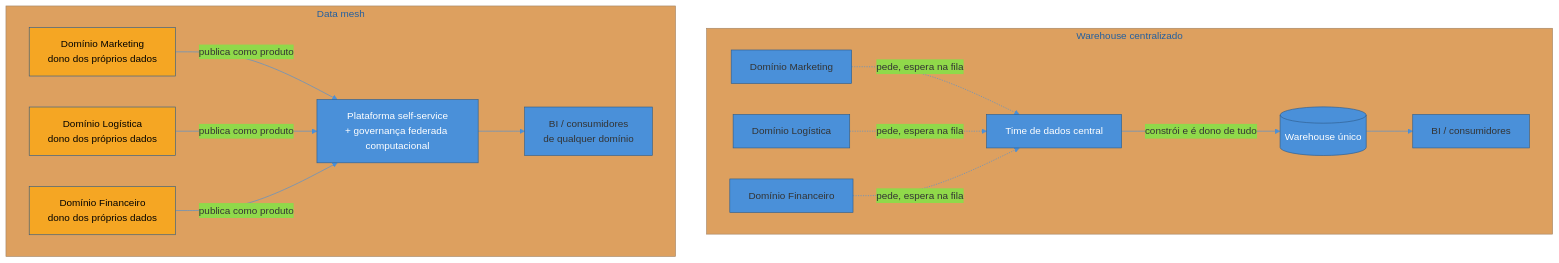
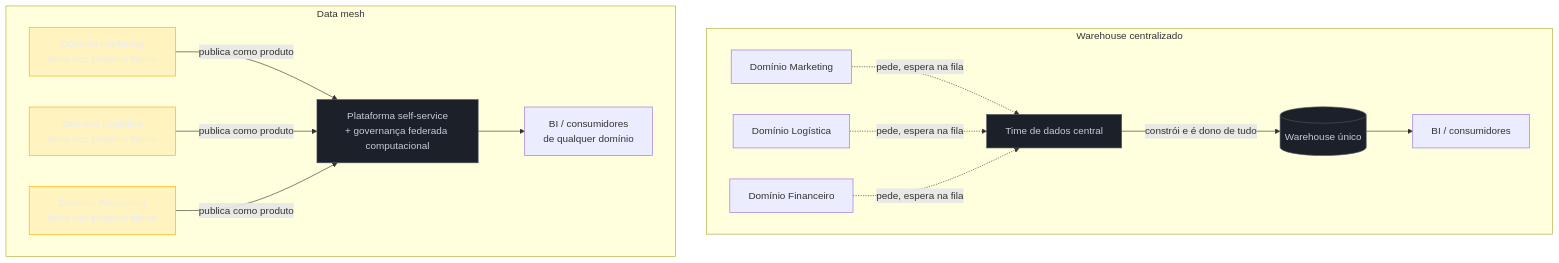
One commit to josenaldo/codex-technomanticus changed the diagram in 03-Dominios/Engenharia/Dados/4 - Qualidade, governança e organização/04 - Arquiteturas organizacionais.md. Above: the diagram before and after it, drawn with Mermaid. The commit also changed 1181 other files, not shown here.

First line of the commit message:
fix(diagramas): paleta do sistema no lugar de cor cravada no markdown

````diff
--- a/03-Dominios/Engenharia/Dados/4 - Qualidade, governança e organização/04 - Arquiteturas organizacionais.md
+++ b/03-Dominios/Engenharia/Dados/4 - Qualidade, governança e organização/04 - Arquiteturas organizacionais.md
@@ -91,26 +91,27 @@
 ```mermaid
-%%{init: {"theme": "base", "themeVariables": {"primaryColor": "#4A90D9", "primaryBorderColor": "#2E5C8A", "lineColor": "#4A90D9"}}}%%
 graph TB
+    classDef neutro fill:#1B2029,stroke:#4E5666,color:#C6CCD8
+    classDef destaque fill:#FFAA0024,stroke:#FFAA00,color:#E9ECF2
     subgraph CENTRAL["Warehouse centralizado"]
         TD["Time de dados central"] -->|"constrói e é dono de tudo"| WH[("Warehouse único")]
         M1["Domínio Marketing"] -.->|"pede, espera na fila"| TD
         M2["Domínio Logística"] -.->|"pede, espera na fila"| TD
         M3["Domínio Financeiro"] -.->|"pede, espera na fila"| TD
         WH --> BI1["BI / consumidores"]
     end
 
     subgraph MESH["Data mesh"]
         PLAT["Plataforma self-service<br/>+ governança federada computacional"]
         D1["Domínio Marketing<br/>dono dos próprios dados"] -->|"publica como produto"| PLAT
         D2["Domínio Logística<br/>dono dos próprios dados"] -->|"publica como produto"| PLAT
         D3["Domínio Financeiro<br/>dono dos próprios dados"] -->|"publica como produto"| PLAT
         PLAT --> BI2["BI / consumidores<br/>de qualquer domínio"]
     end
 
-    style TD fill:#4A90D9,color:#fff
-    style WH fill:#4A90D9,color:#fff
-    style PLAT fill:#4A90D9,color:#fff
-    style D1 fill:#F5A623,color:#000
-    style D2 fill:#F5A623,color:#000
-    style D3 fill:#F5A623,color:#000
+    class TD neutro
+    class WH neutro
+    class PLAT neutro
+    class D1 destaque
+    class D2 destaque
+    class D3 destaque
 ```
````
